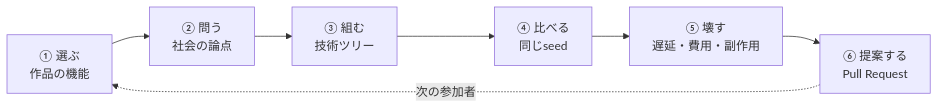
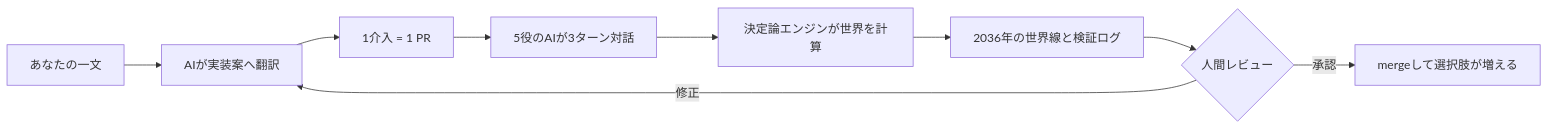
The first of 2 diagrams in README.md (nexus-ai-2045/fiction-forks), drawn with Mermaid before and after one commit. The commit also changed other lines of this file and 25 other files, not shown here.

````diff
--- a/README.md
+++ b/README.md
@@ -53,9 +44,11 @@
 ```mermaid
 flowchart LR
-    pick["① 選ぶ<br/>作品の機能"] --> question["② 問う<br/>社会の論点"]
-    question --> build["③ 組む<br/>技術ツリー"]
-    build --> run["④ 比べる<br/>同じseed"]
-    run --> break["⑤ 壊す<br/>遅延・費用・副作用"]
-    break --> pr["⑥ 提案する<br/>Pull Request"]
-    pr -. "次の参加者" .-> pick
+    idea["あなたの一文"] --> ai["AIが実装案へ翻訳"]
+    ai --> pr["1介入 = 1 PR"]
+    pr --> agents["5役のAIが3ターン対話"]
+    agents --> engine["決定論エンジンが世界を計算"]
+    engine --> result["2036年の世界線と検証ログ"]
+    result --> review{"人間レビュー"}
+    review -->|承認| merge["mergeして選択肢が増える"]
+    review -->|修正| ai
 ```
````
